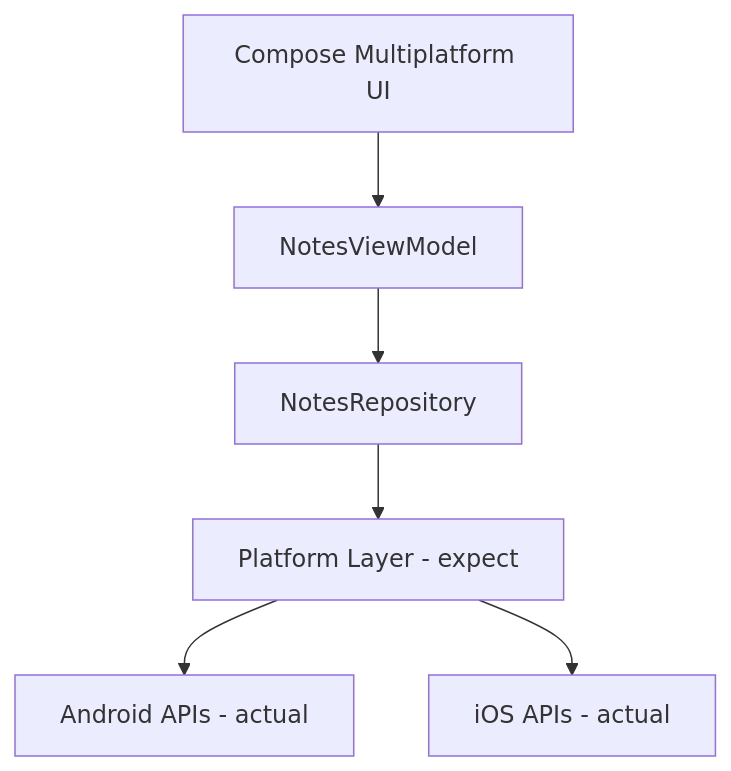
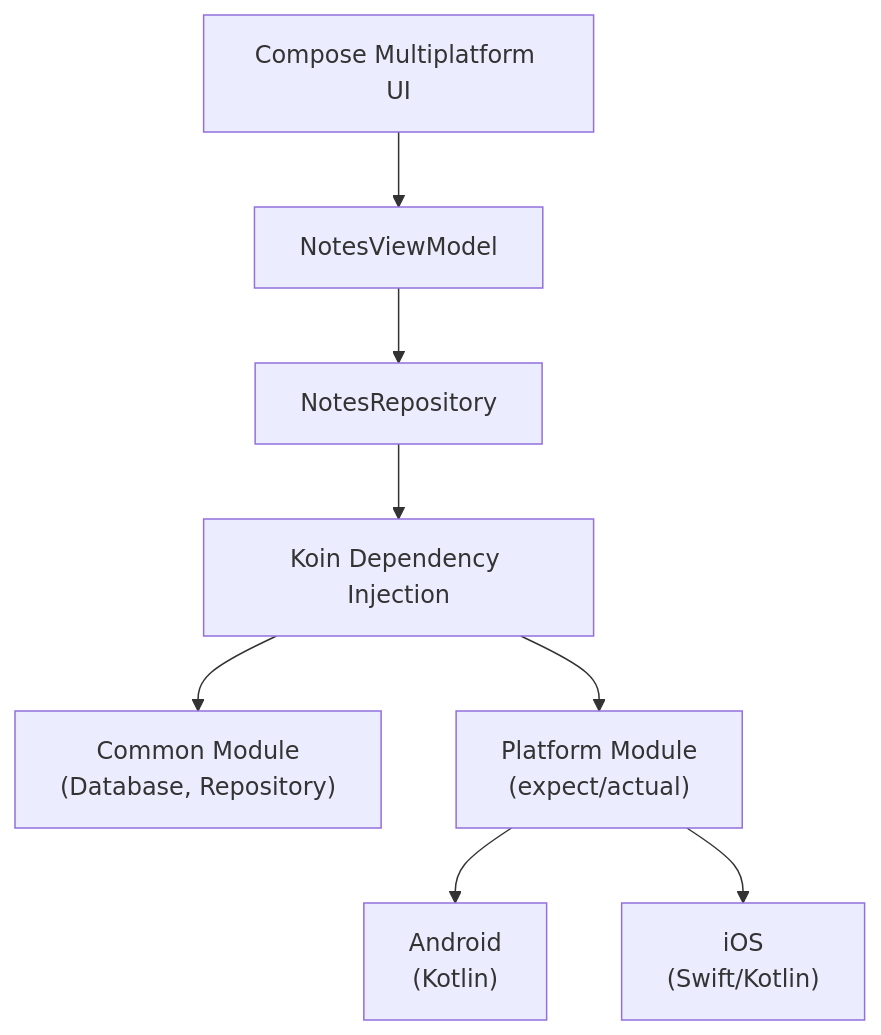
The diagram in README.md (15-040-GianIvander/9_123140040), drawn with Mermaid before and after one commit. The commit also changed other lines of this file, not shown here.

Commit message:
Update README.md - Improve project documentation with architecture details and better structure

````diff
--- a/README.md
+++ b/README.md
@@ -43,8 +63,10 @@
 ```mermaid
 graph TD
-UI[Compose Multiplatform UI] --> VM[NotesViewModel]
-VM --> Repo[NotesRepository]
-Repo --> PlatformLayer[Platform Layer - expect]
-PlatformLayer --> AndroidAPIs[Android APIs - actual]
-PlatformLayer --> iOSAPIs[iOS APIs - actual]
+    UI[Compose Multiplatform UI] --> VM[NotesViewModel]
+    VM --> Repo[NotesRepository]
+    Repo --> DI[Koin Dependency Injection]
+    DI --> CommonModule["Common Module<br/>(Database, Repository)"]
+    DI --> PlatformModule["Platform Module<br/>(expect/actual)"]
+    PlatformModule --> AndroidImpl["Android<br/>(Kotlin)"]
+    PlatformModule --> iOSImpl["iOS<br/>(Swift/Kotlin)"]
 ```
````
